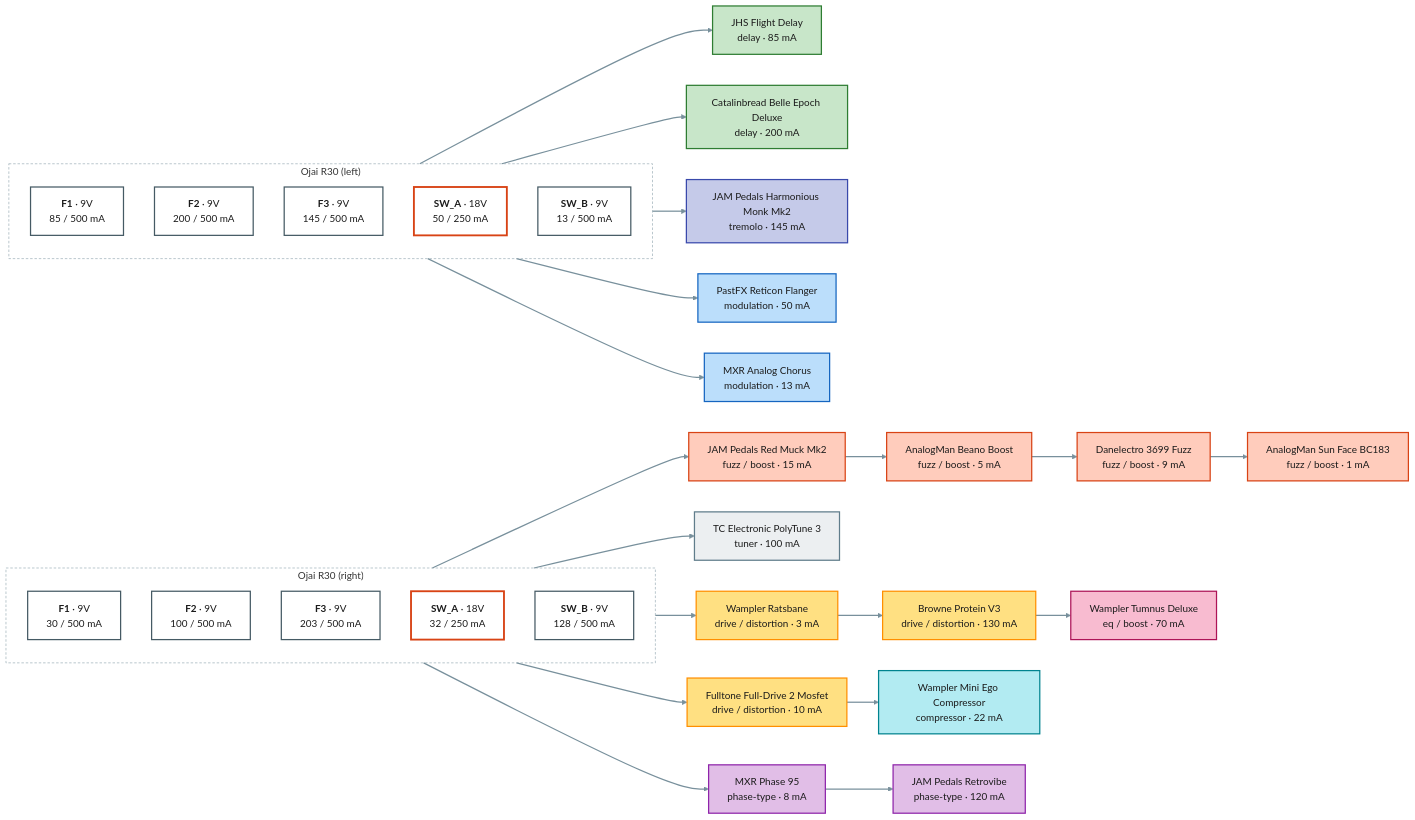
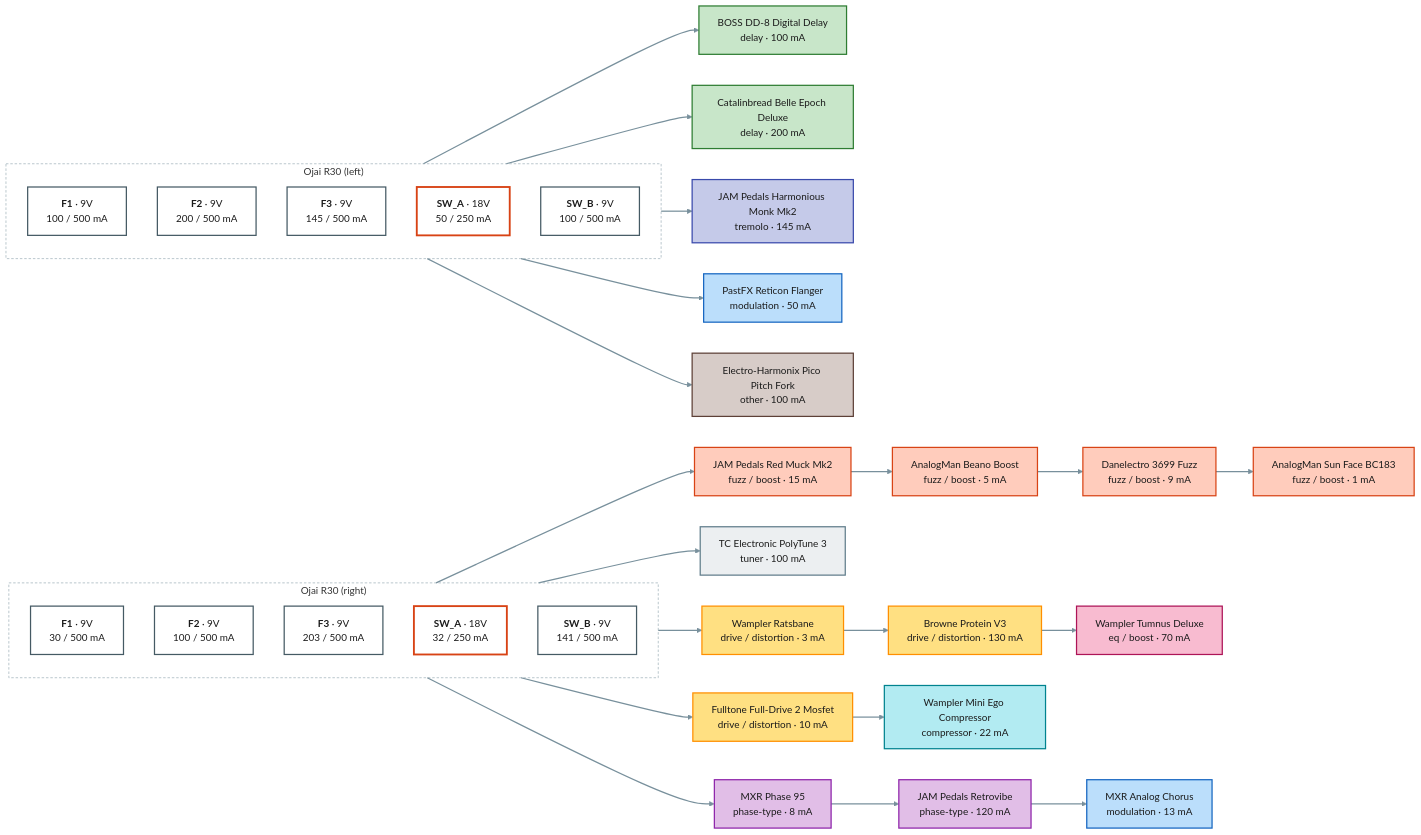
The second of 2 diagrams in projects/guitar-gig/README.md (pedroacvieira/pedalboard), drawn with Mermaid before and after one commit. The commit also changed other lines of this file and 46 other files, not shown here.

````diff
--- a/projects/guitar-gig/README.md
+++ b/projects/guitar-gig/README.md
@@ -159,68 +162,71 @@
 ```mermaid
 flowchart LR
     subgraph psu1["Ojai R30 (left)"]
         direction TB
-        psu1_F1["<b>F1</b> · 9V<br/>85 / 500 mA"]:::out9
+        psu1_F1["<b>F1</b> · 9V<br/>100 / 500 mA"]:::out9
         psu1_F2["<b>F2</b> · 9V<br/>200 / 500 mA"]:::out9
         psu1_F3["<b>F3</b> · 9V<br/>145 / 500 mA"]:::out9
         psu1_SW_A["<b>SW_A</b> · 18V<br/>50 / 250 mA"]:::out18
-        psu1_SW_B["<b>SW_B</b> · 9V<br/>13 / 500 mA"]:::out9
+        psu1_SW_B["<b>SW_B</b> · 9V<br/>100 / 500 mA"]:::out9
     end
     subgraph psu2["Ojai R30 (right)"]
         direction TB
         psu2_F1["<b>F1</b> · 9V<br/>30 / 500 mA"]:::out9
         psu2_F2["<b>F2</b> · 9V<br/>100 / 500 mA"]:::out9
         psu2_F3["<b>F3</b> · 9V<br/>203 / 500 mA"]:::out9
         psu2_SW_A["<b>SW_A</b> · 18V<br/>32 / 250 mA"]:::out18
-        psu2_SW_B["<b>SW_B</b> · 9V<br/>128 / 500 mA"]:::out9
+        psu2_SW_B["<b>SW_B</b> · 9V<br/>141 / 500 mA"]:::out9
     end
-    flight_delay["JHS Flight Delay<br/>delay · 85 mA"]:::c_delay
+    boss_dd8["BOSS DD-8 Digital Delay<br/>delay · 100 mA"]:::c_delay
     belle_epoch["Catalinbread Belle Epoch Deluxe<br/>delay · 200 mA"]:::c_delay
     monk["JAM Pedals Harmonious Monk Mk2<br/>tremolo · 145 mA"]:::c_tremolo
     reticon["PastFX Reticon Flanger<br/>modulation · 50 mA"]:::c_modulation
-    analog_chorus["MXR Analog Chorus<br/>modulation · 13 mA"]:::c_modulation
+    ehx_pico_pitch_fork["Electro-Harmonix Pico Pitch Fork<br/>other · 100 mA"]:::c_other
     red_muck["JAM Pedals Red Muck Mk2<br/>fuzz / boost · 15 mA"]:::c_fuzz___boost
     beano["AnalogMan Beano Boost<br/>fuzz / boost · 5 mA"]:::c_fuzz___boost
     danelectro_3699["Danelectro 3699 Fuzz<br/>fuzz / boost · 9 mA"]:::c_fuzz___boost
     sun_face["AnalogMan Sun Face BC183<br/>fuzz / boost · 1 mA"]:::c_fuzz___boost
     polytune_3["TC Electronic PolyTune 3<br/>tuner · 100 mA"]:::c_tuner
     ratsbane["Wampler Ratsbane<br/>drive / distortion · 3 mA"]:::c_drive___distortion
     protein["Browne Protein V3<br/>drive / distortion · 130 mA"]:::c_drive___distortion
     tumnus_deluxe["Wampler Tumnus Deluxe<br/>eq / boost · 70 mA"]:::c_eq___boost
     fulldrive_2["Fulltone Full-Drive 2 Mosfet<br/>drive / distortion · 10 mA"]:::c_drive___distortion
     mini_ego["Wampler Mini Ego Compressor<br/>compressor · 22 mA"]:::c_compressor
     phase_95["MXR Phase 95<br/>phase-type · 8 mA"]:::c_phase_type
     retrovibe["JAM Pedals Retrovibe<br/>phase-type · 120 mA"]:::c_phase_type
-    psu1_F1 --> flight_delay
+    analog_chorus["MXR Analog Chorus<br/>modulation · 13 mA"]:::c_modulation
+    psu1_F1 --> boss_dd8
     psu1_F2 --> belle_epoch
     psu1_F3 --> monk
     psu1_SW_A --> reticon
-    psu1_SW_B --> analog_chorus
+    psu1_SW_B --> ehx_pico_pitch_fork
     psu2_F1 --> red_muck
     red_muck --> beano
     beano --> danelectro_3699
     danelectro_3699 --> sun_face
     psu2_F2 --> polytune_3
     psu2_F3 --> ratsbane
     ratsbane --> protein
     protein --> tumnus_deluxe
     psu2_SW_A --> fulldrive_2
     fulldrive_2 --> mini_ego
     psu2_SW_B --> phase_95
     phase_95 --> retrovibe
+    retrovibe --> analog_chorus
     classDef out9 fill:#ffffff,stroke:#455a64,stroke-width:2px,color:#1b1b1b
     classDef out18 fill:#ffffff,stroke:#d84315,stroke-width:3px,color:#1b1b1b
     classDef spare fill:#fafafa,stroke:#9e9e9e,stroke-dasharray:4 3,color:#757575
     classDef c_tuner fill:#eceff1,stroke:#607d8b,stroke-width:2px,color:#1b1b1b
     classDef c_compressor fill:#b2ebf2,stroke:#00838f,stroke-width:2px,color:#1b1b1b
     classDef c_fuzz___boost fill:#ffccbc,stroke:#d84315,stroke-width:2px,color:#1b1b1b
     classDef c_drive___distortion fill:#ffe082,stroke:#ff8f00,stroke-width:2px,color:#1b1b1b
     classDef c_phase_type fill:#e1bee7,stroke:#8e24aa,stroke-width:2px,color:#1b1b1b
     classDef c_modulation fill:#bbdefb,stroke:#1565c0,stroke-width:2px,color:#1b1b1b
     classDef c_tremolo fill:#c5cae9,stroke:#3949ab,stroke-width:2px,color:#1b1b1b
     classDef c_delay fill:#c8e6c9,stroke:#2e7d32,stroke-width:2px,color:#1b1b1b
     classDef c_eq___boost fill:#f8bbd0,stroke:#ad1457,stroke-width:2px,color:#1b1b1b
+    classDef c_other fill:#d7ccc8,stroke:#5d4037,stroke-width:2px,color:#1b1b1b
     style psu1 fill:none,stroke:#90a4ae,stroke-dasharray:4 3
     style psu2 fill:none,stroke:#90a4ae,stroke-dasharray:4 3
     linkStyle default stroke:#78909c,stroke-width:2px
 ```
````
